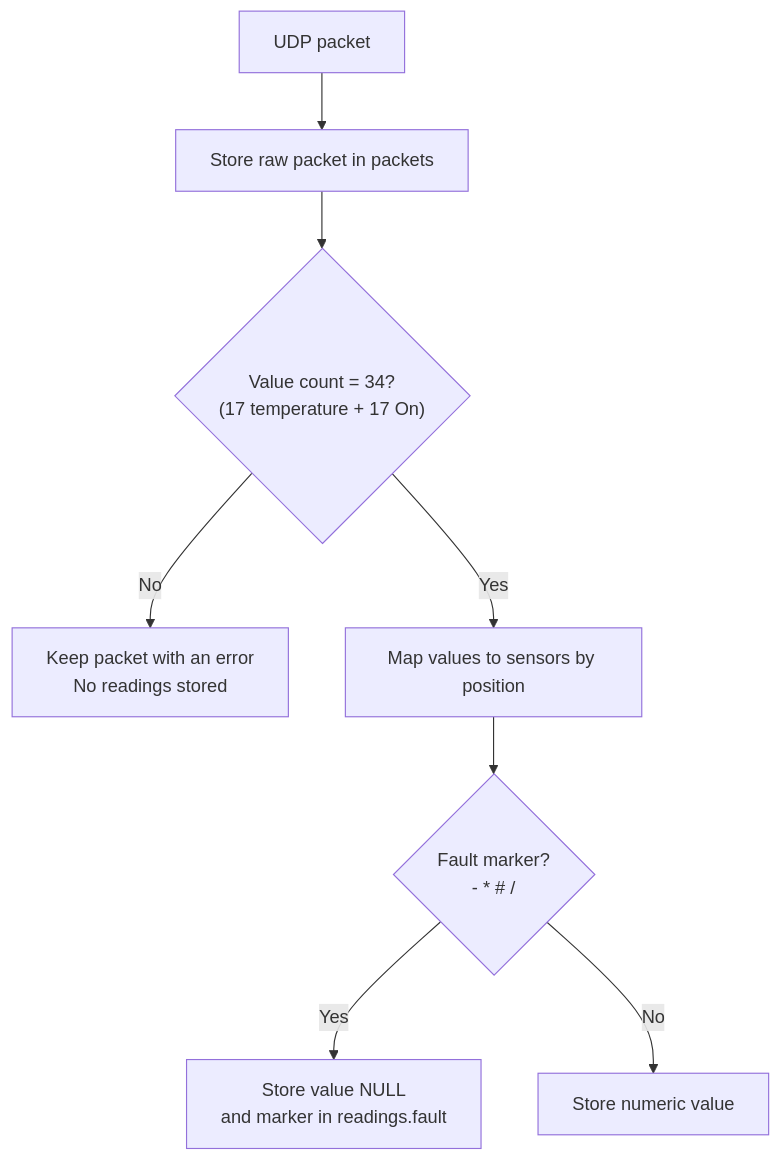
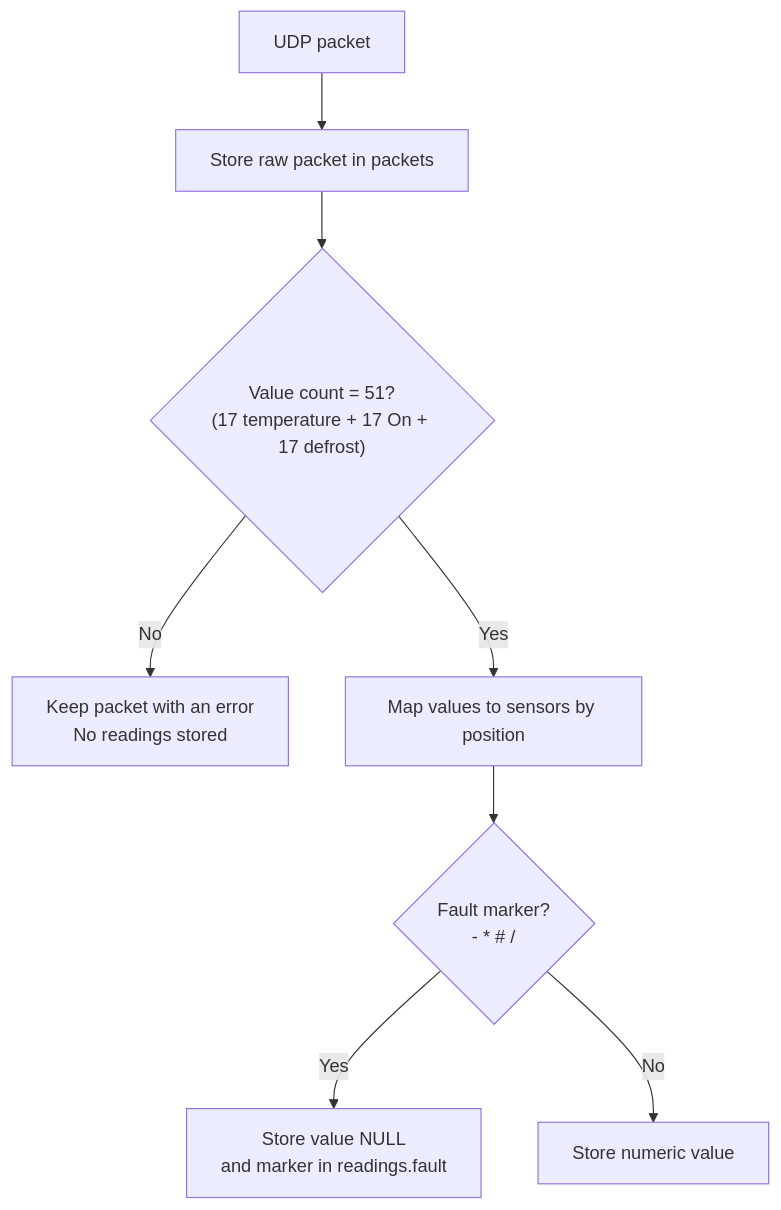
Before and after one commit to chewterence/LamkeeColdwatch: the second of 3 diagrams in README.md, drawn with Mermaid. The commit also changed other lines of this file and 12 other files, not shown here.

````diff
--- a/README.md
+++ b/README.md
@@ -35,10 +34,10 @@
 ```mermaid
 flowchart TD
     P["UDP packet"] --> R["Store raw packet in packets"]
-    R --> C{"Value count = 34?<br/>(17 temperature + 17 On)"}
+    R --> C{"Value count = 51?<br/>(17 temperature + 17 On + 17 defrost)"}
     C -- No --> E["Keep packet with an error<br/>No readings stored"]
     C -- Yes --> M["Map values to sensors by position"]
     M --> F{"Fault marker?<br/>- * # /"}
     F -- Yes --> N["Store value NULL<br/>and marker in readings.fault"]
     F -- No --> V["Store numeric value"]
 ```
````
